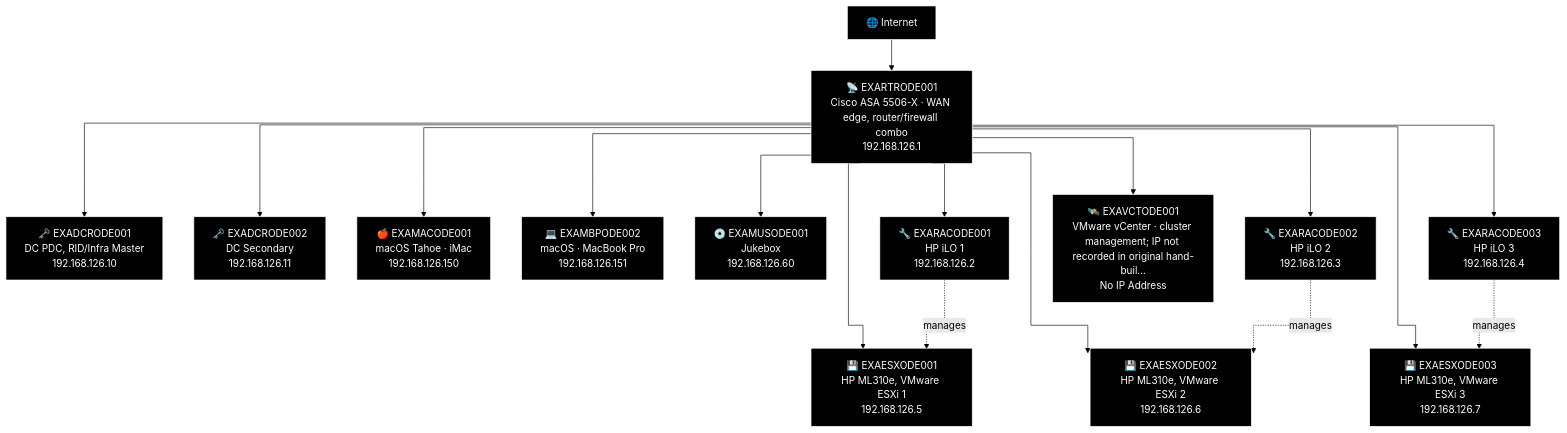
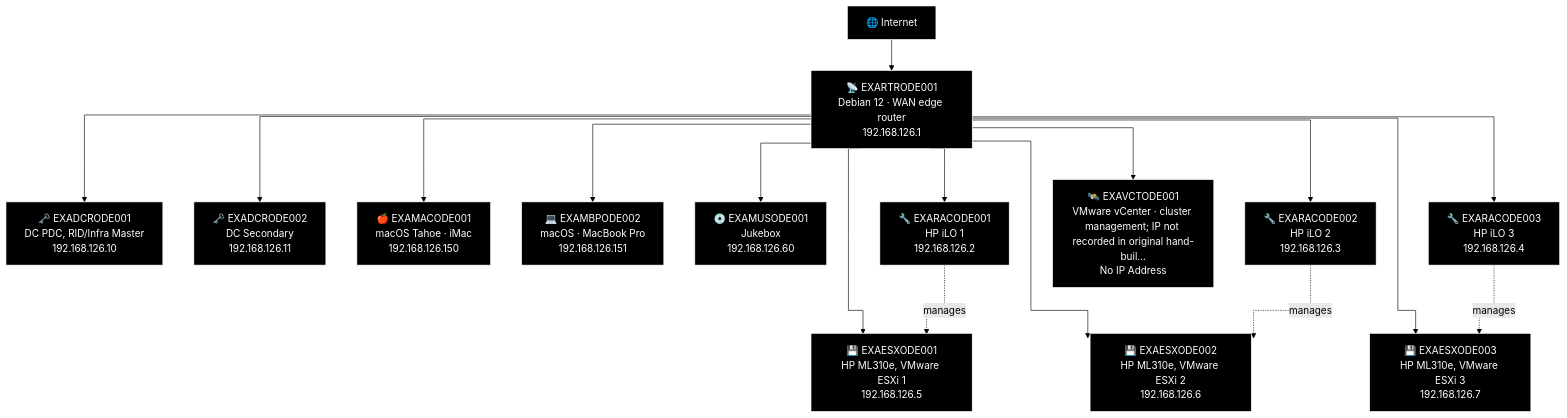
The fourth of 23 diagrams in docs/network-diagram/danmark.md (knightmare2600/example_music_infra), drawn with Mermaid (forest theme) before and after one commit. The commit also changed other lines of this file and 9 other files, not shown here.

````diff
--- a/docs/network-diagram/danmark.md
+++ b/docs/network-diagram/danmark.md
@@ -179,51 +179,51 @@
 ```mermaid
 %% GENERATED:OLDNETWORK:ODE:START
 %%{init: {'flowchart': {'curve': 'stepAfter'}}}%%
 graph TD
     O_INET["🌐 Internet"]
-    O_RTR["📡 EXARTRODE001<br/>Cisco ASA 5506-X · WAN edge, router/firewall combo<br/>192.168.126.1"]
+    O_RTR["📡 EXARTRODE001<br/>Debian 12 · WAN edge router<br/>192.168.126.1"]
     O_DCR1["🗝️ EXADCRODE001<br/>DC PDC, RID/Infra Master<br/>192.168.126.10"]
     O_DCR2["🗝️ EXADCRODE002<br/>DC Secondary<br/>192.168.126.11"]
     O_ESX1["💾 EXAESXODE001<br/>HP ML310e, VMware ESXi 1<br/>192.168.126.5"]
     O_ESX2["💾 EXAESXODE002<br/>HP ML310e, VMware ESXi 2<br/>192.168.126.6"]
     O_ESX3["💾 EXAESXODE003<br/>HP ML310e, VMware ESXi 3<br/>192.168.126.7"]
     O_MAC["🍎 EXAMACODE001<br/>macOS Tahoe · iMac<br/>192.168.126.150"]
     O_MBP["💻 EXAMBPODE002<br/>macOS · MacBook Pro<br/>192.168.126.151"]
     O_MUS["💿 EXAMUSODE001<br/>Jukebox<br/>192.168.126.60"]
     O_RAC1["🔧 EXARACODE001<br/>HP iLO 1<br/>192.168.126.2"]
     O_RAC2["🔧 EXARACODE002<br/>HP iLO 2<br/>192.168.126.3"]
     O_RAC3["🔧 EXARACODE003<br/>HP iLO 3<br/>192.168.126.4"]
     O_VCT["🛰️ EXAVCTODE001<br/>VMware vCenter · cluster management; IP not recorded in original hand-buil...<br/>No IP Address"]
     O_INET --> O_RTR
     O_RTR --> O_DCR1
     O_RTR --> O_DCR2
     O_RTR --> O_ESX1
     O_RTR --> O_ESX2
     O_RTR --> O_ESX3
     O_RTR --> O_MAC
     O_RTR --> O_MBP
     O_RTR --> O_MUS
     O_RTR --> O_RAC1
     O_RAC1 -.->|"manages"| O_ESX1
     O_RTR --> O_RAC2
     O_RAC2 -.->|"manages"| O_ESX2
     O_RTR --> O_RAC3
     O_RAC3 -.->|"manages"| O_ESX3
     O_RTR --> O_VCT
 
     style O_INET fill:#000000,stroke:#FFFFFF,color:#FFFFFF
     style O_RTR fill:#000000,stroke:#FFFFFF,color:#FFFFFF
     style O_DCR1 fill:#000000,stroke:#FFFFFF,color:#FFFFFF
     style O_DCR2 fill:#000000,stroke:#FFFFFF,color:#FFFFFF
     style O_ESX1 fill:#000000,stroke:#FFFFFF,color:#FFFFFF
     style O_ESX2 fill:#000000,stroke:#FFFFFF,color:#FFFFFF
     style O_ESX3 fill:#000000,stroke:#FFFFFF,color:#FFFFFF
     style O_MAC fill:#000000,stroke:#FFFFFF,color:#FFFFFF
     style O_MBP fill:#000000,stroke:#FFFFFF,color:#FFFFFF
     style O_MUS fill:#000000,stroke:#FFFFFF,color:#FFFFFF
     style O_RAC1 fill:#000000,stroke:#FFFFFF,color:#FFFFFF
     style O_RAC2 fill:#000000,stroke:#FFFFFF,color:#FFFFFF
     style O_RAC3 fill:#000000,stroke:#FFFFFF,color:#FFFFFF
     style O_VCT fill:#000000,stroke:#FFFFFF,color:#FFFFFF
 %% GENERATED:OLDNETWORK:ODE:END
 ```
````
